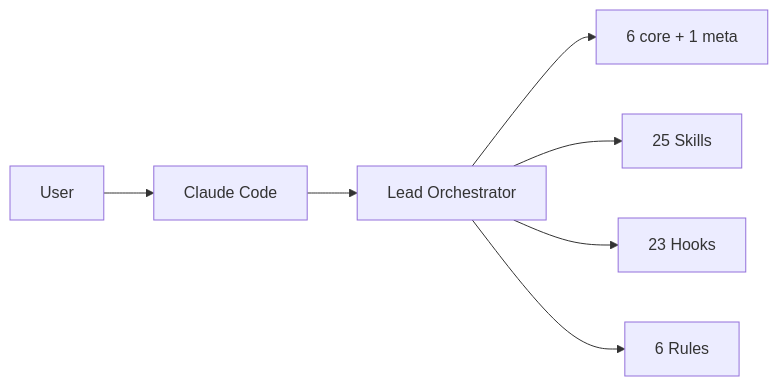
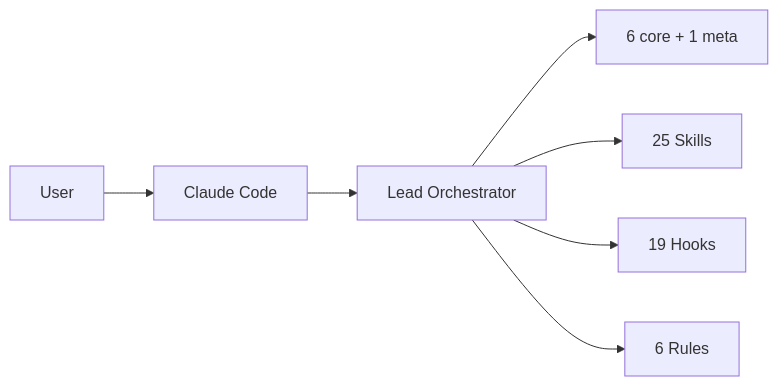
Before and after one commit to MaciWP/claude-code-poneglyph: the first of 2 diagrams in CLAUDE.md, drawn with Mermaid. The commit also changed other lines of this file and 2 other files, not shown here.

First line of the commit message:
docs: limpiar referencias a hooks eliminados post-Opción C

````diff
--- a/CLAUDE.md
+++ b/CLAUDE.md
@@ -121,9 +121,9 @@
 ```mermaid
 graph LR
     User --> CC[Claude Code]
     CC --> Orch[Lead Orchestrator]
     Orch --> Agents[6 core + 1 meta]
     Orch --> Skills[25 Skills]
-    Orch --> Hooks[23 Hooks]
+    Orch --> Hooks[19 Hooks]
     Orch --> Rules[6 Rules]
 ```
````
